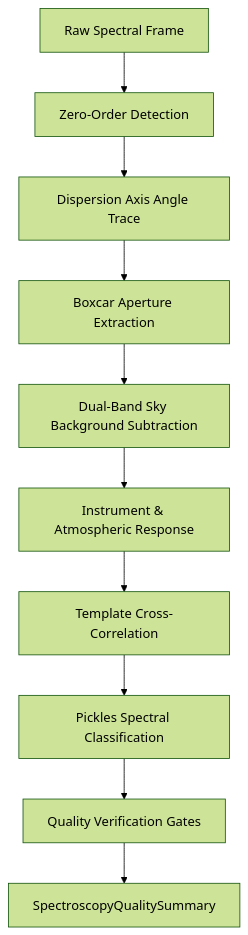
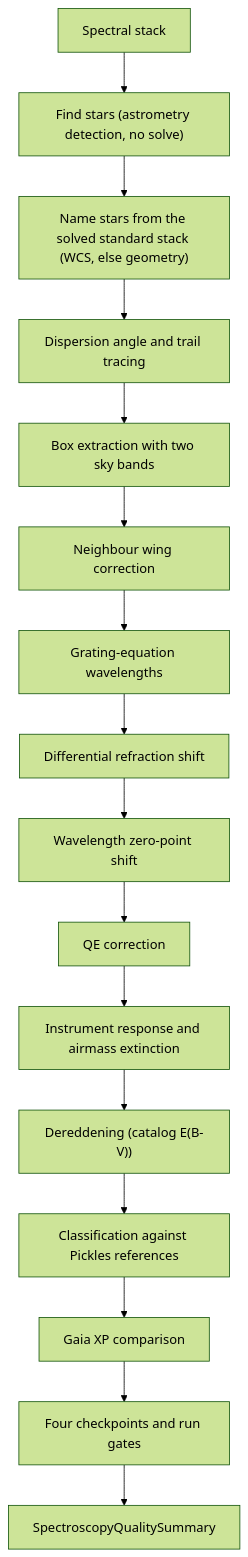
One commit to m1chae2/astrometrics changed the diagram in documentation/library_design/pipelines/spectroscopy.md. Above: the diagram before and after it, drawn with Mermaid (forest theme). The commit also changed other lines of this file and 38 other files, not shown here.

````diff
--- a/documentation/library_design/pipelines/spectroscopy.md
+++ b/documentation/library_design/pipelines/spectroscopy.md
@@ -20,12 +21,18 @@
 ```mermaid
 flowchart TD
-    A["Raw Spectral Frame"] --> B["Zero-Order Detection"]
-    B --> C["Dispersion Axis Angle Trace"]
-    C --> D["Boxcar Aperture Extraction"]
-    D --> E["Dual-Band Sky Background Subtraction"]
-    E --> F["Instrument & Atmospheric Response"]
-    F --> G["Template Cross-Correlation"]
-    G --> H["Pickles Spectral Classification"]
-    H --> I["Quality Verification Gates"]
-    I --> J["SpectroscopyQualitySummary"]
+    A["Spectral stack"] --> B["Find stars (astrometry detection, no solve)"]
+    B --> C["Name stars from the solved standard stack (WCS, else geometry)"]
+    C --> D["Dispersion angle and trail tracing"]
+    D --> E["Box extraction with two sky bands"]
+    E --> F["Neighbour wing correction"]
+    F --> G["Grating-equation wavelengths"]
+    G --> H["Differential refraction shift"]
+    H --> I["Wavelength zero-point shift"]
+    I --> J["QE correction"]
+    J --> K["Instrument response and airmass extinction"]
+    K --> L["Dereddening (catalog E(B-V))"]
+    L --> M["Classification against Pickles references"]
+    M --> N["Gaia XP comparison"]
+    N --> O["Four checkpoints and run gates"]
+    O --> P["SpectroscopyQualitySummary"]
 ```
````
